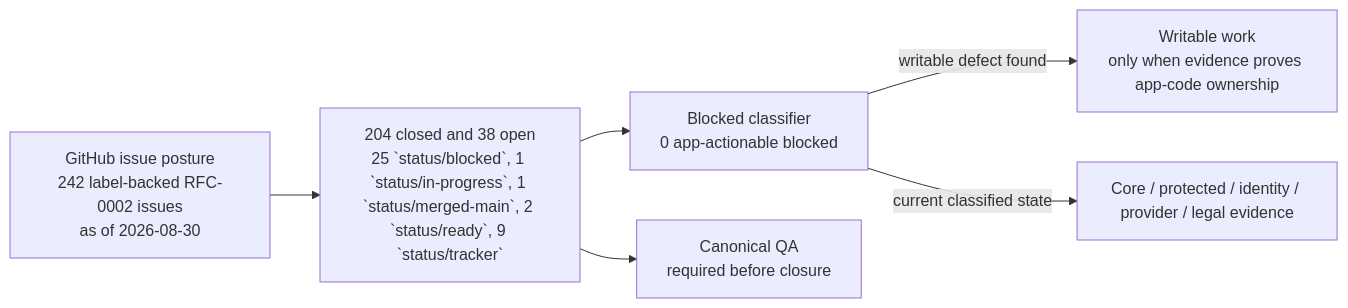
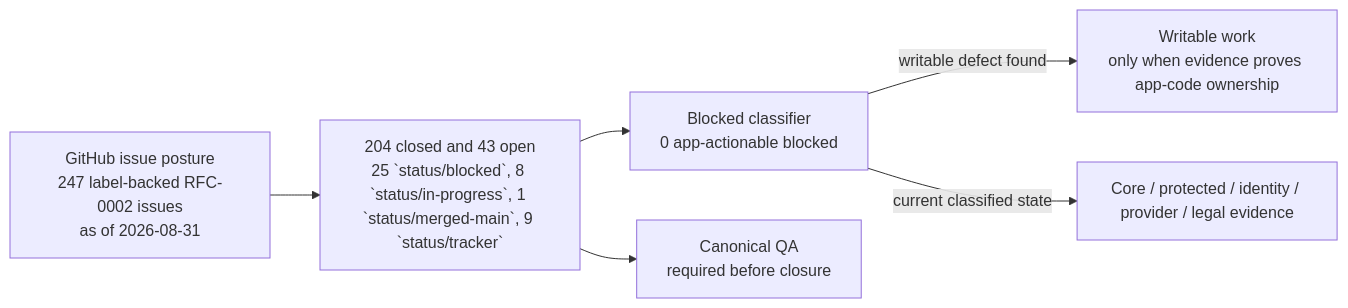
One commit to sgajbi/lotus-idea changed the first of 2 diagrams in wiki/RFC-0002-Execution-Status.md. Above: the diagram before and after it, drawn with Mermaid. The commit also changed other lines of this file and 4 other files, not shown here.

Commit message:
docs(rfc): synchronize live issue execution posture

````diff
--- a/wiki/RFC-0002-Execution-Status.md
+++ b/wiki/RFC-0002-Execution-Status.md
@@ -53,15 +48,15 @@
 ```mermaid
 flowchart LR
-    Issues["GitHub issue posture<br/>242 label-backed RFC-0002 issues<br/>as of 2026-08-30"]
-    Open["204 closed and 38 open<br/>25 `status/blocked`, 1 `status/in-progress`, 1 `status/merged-main`, 2 `status/ready`, 9 `status/tracker`"]
+    Issues["GitHub issue posture<br/>247 label-backed RFC-0002 issues<br/>as of 2026-08-31"]
+    Open["204 closed and 43 open<br/>25 `status/blocked`, 8 `status/in-progress`, 1 `status/merged-main`, 9 `status/tracker`"]
     Blocked["Blocked classifier<br/>0 app-actionable blocked"]
     Work["Writable work<br/>only when evidence proves app-code ownership"]
     External["Core / protected / identity / provider / legal evidence"]
     QA["Canonical QA<br/>required before closure"]
 
     Issues --> Open
     Open --> Blocked
     Blocked -->|"writable defect found"| Work
     Blocked -->|"current classified state"| External
     Open --> QA
 ```
````
